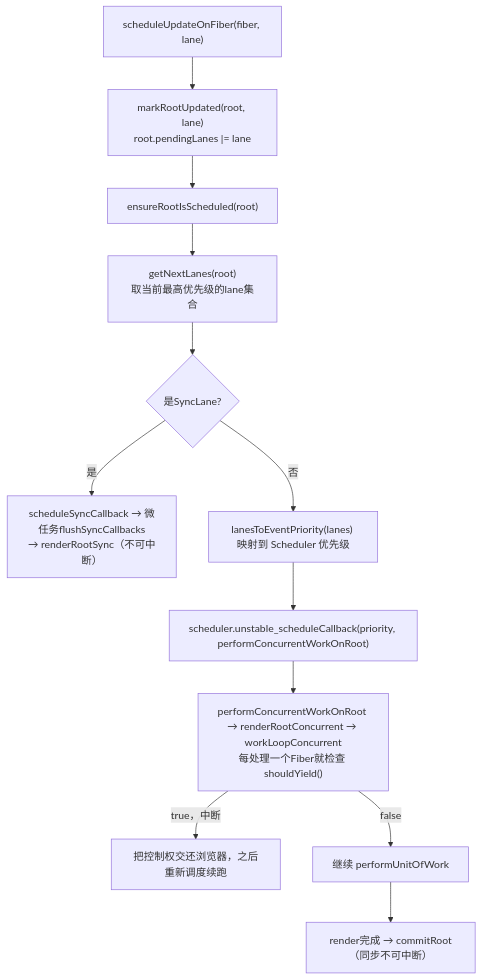
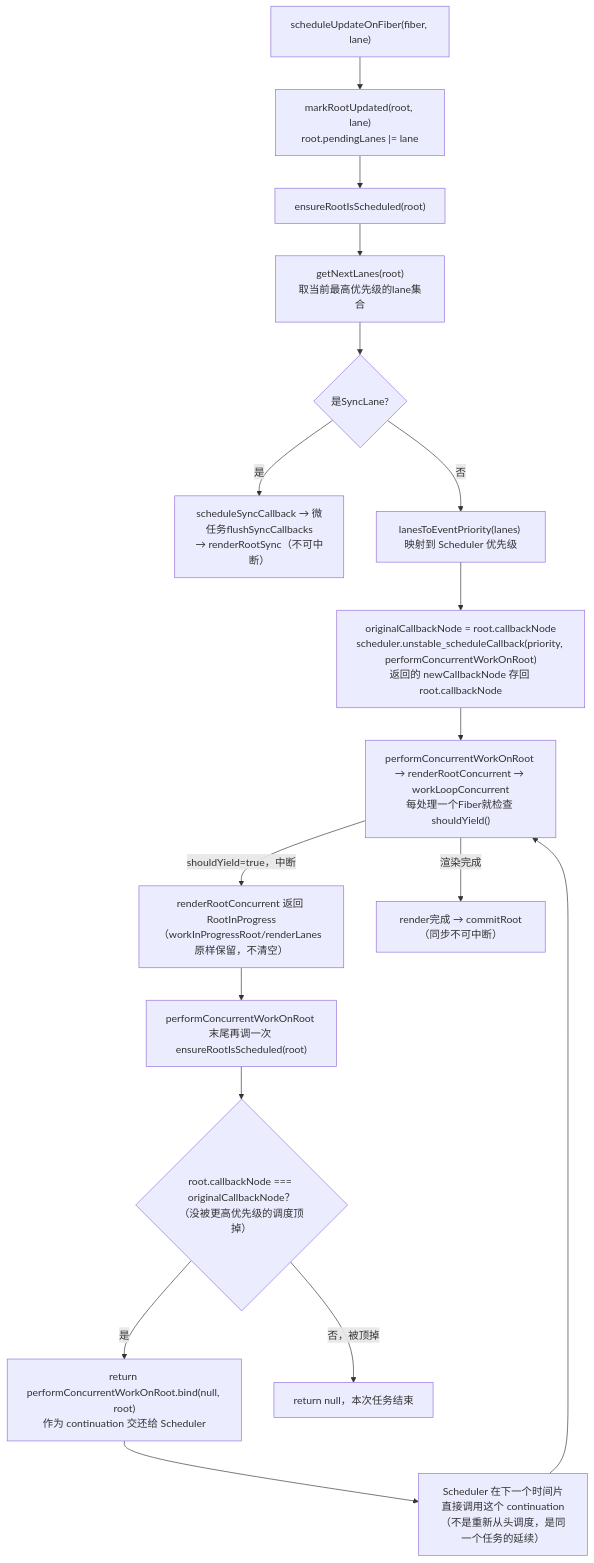
One commit to lotosv2010/react-source changed diagram 13 of 18 in docs/react-core.md. Above: the diagram before and after it, drawn with Mermaid. The commit also changed other lines of this file and 1 other file, not shown here.

First line of the commit message:
docs: 修正流程图与官方源码的偏差，补充缺失知识点

````diff
--- a/docs/react-core.md
+++ b/docs/react-core.md
@@ -242,14 +259,19 @@
 ```mermaid
 flowchart TD
     A["scheduleUpdateOnFiber(fiber, lane)"] --> B["markRootUpdated(root, lane)<br/>root.pendingLanes |= lane"]
     B --> C["ensureRootIsScheduled(root)"]
     C --> D["getNextLanes(root)<br/>取当前最高优先级的lane集合"]
     D --> E{是SyncLane?}
     E -->|是| F["scheduleSyncCallback → 微任务flushSyncCallbacks<br/>→ renderRootSync（不可中断）"]
     E -->|否| G["lanesToEventPriority(lanes) 映射到 Scheduler 优先级"]
-    G --> H["scheduler.unstable_scheduleCallback(priority, performConcurrentWorkOnRoot)"]
+    G --> H["originalCallbackNode = root.callbackNode<br/>scheduler.unstable_scheduleCallback(priority, performConcurrentWorkOnRoot)<br/>返回的 newCallbackNode 存回 root.callbackNode"]
     H --> I["performConcurrentWorkOnRoot → renderRootConcurrent → workLoopConcurrent<br/>每处理一个Fiber就检查 shouldYield()"]
-    I -->|true，中断| J[把控制权交还浏览器，之后重新调度续跑]
-    I -->|false| K[继续 performUnitOfWork]
-    K --> L["render完成 → commitRoot（同步不可中断）"]
+    I -->|shouldYield=true，中断| J["renderRootConcurrent 返回 RootInProgress<br/>（workInProgressRoot/renderLanes 原样保留，不清空）"]
+    I -->|渲染完成| K["render完成 → commitRoot（同步不可中断）"]
+    J --> N["performConcurrentWorkOnRoot 末尾再调一次 ensureRootIsScheduled(root)"]
+    N --> O{"root.callbackNode === originalCallbackNode？<br/>（没被更高优先级的调度顶掉）"}
+    O -->|是| P["return performConcurrentWorkOnRoot.bind(null, root)<br/>作为 continuation 交还给 Scheduler"]
+    O -->|否，被顶掉| Q[return null，本次任务结束]
+    P --> R["Scheduler 在下一个时间片直接调用这个 continuation<br/>（不是重新从头调度，是同一个任务的延续）"]
+    R --> I
 ```
````
